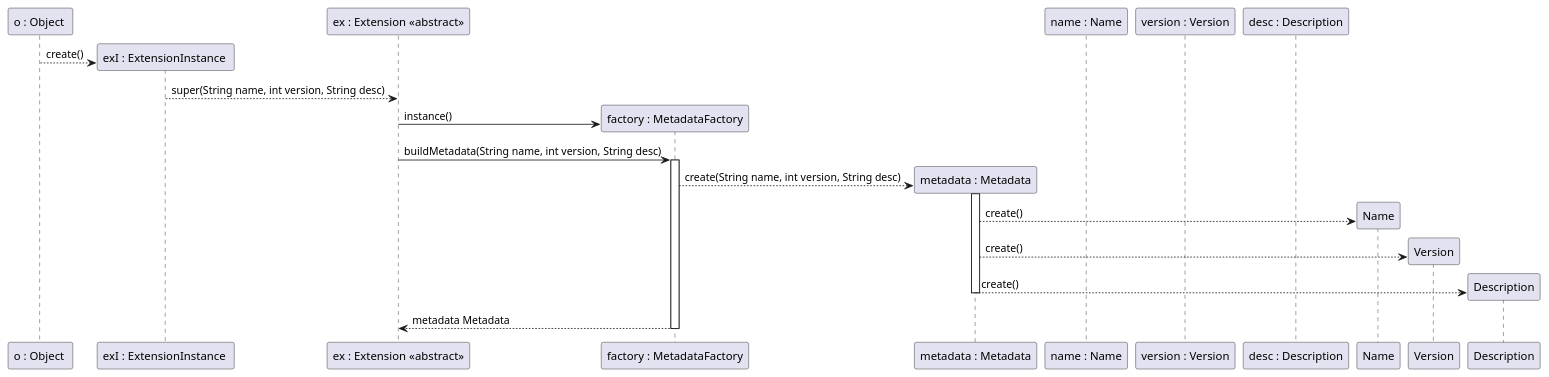
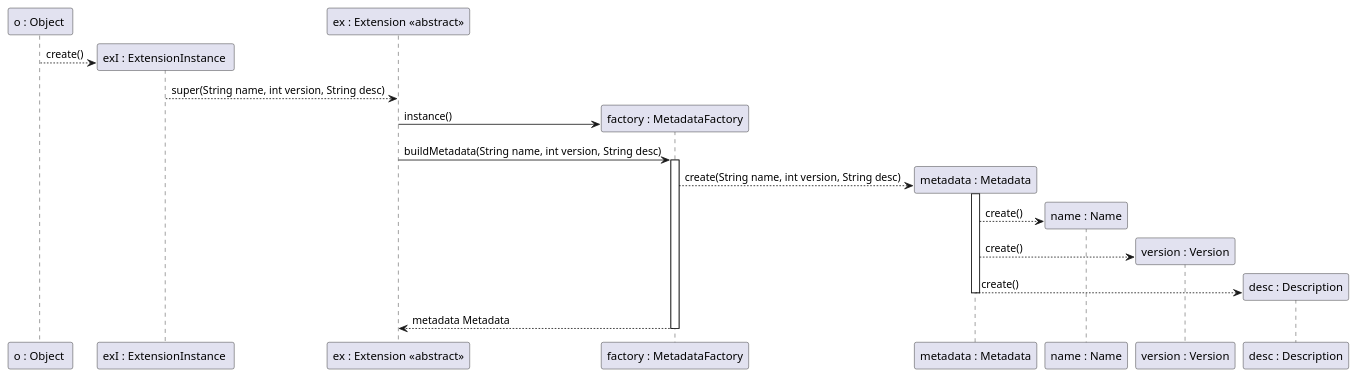
The diagram in src/main/java/lapr4/green/s2/core/n1970581/autodescriptionextensions/core01_2_05_design.puml (PeFerreira98/ISEP.Lic.LAPR4_2017), drawn with PlantUML before and after one commit. The commit also changed 2 other files, not shown here.

```diff
--- a/src/main/java/lapr4/green/s2/core/n1970581/autodescriptionextensions/core01_2_05_design.puml
+++ b/src/main/java/lapr4/green/s2/core/n1970581/autodescriptionextensions/core01_2_05_design.puml
@@ -1,56 +1,56 @@
 @startuml core01_2_05_design.png
 
 
 'participant "app : CleanSheets" as app
 'participant "manager : ExtensionManager" as manager
 'participant "loader : DescriptionExtensionLoader" as loader
 'participant "ctrl : DescriptionExtensionLoaderController" as ctrl
 'participant "thread : Thread" as thread
 'participant "ui : DescriptionExtensionLoaderUI" as ui
 
 
 
 
 
 'participant "metadata : Metadata" as metadata
 'participant "dto : ExtensionDTO" as dto
 'participant "name : Name" as name
 'participant "version : Version" as version
 'participant "desc : Description" as desc
 'participant "factory : MetadataFactory" as factory
 'participant " : Metadatable" as interface
 
 participant "o : Object " as o
 participant "exI : ExtensionInstance " as exI
 participant "ex : Extension << abstract >>" as ex
 participant "factory : MetadataFactory" as factory
 participant "metadata : Metadata" as metadata
 participant "name : Name" as name
 participant "version : Version" as version
 participant "desc : Description" as desc
 
 create exI 
 o --> exI : create()
 exI --> ex : super(String name, int version, String desc)
 create factory
 ex -> factory : instance()
 
 ex -> factory : buildMetadata(String name, int version, String desc)
 activate factory
 create metadata
 
 factory --> metadata : create(String name, int version, String desc)
 activate metadata
-create Name
-metadata --> Name : create()
-create Version
-metadata --> Version : create()
-create Description
-metadata --> Description : create()
+create name
+metadata --> name : create()
+create version
+metadata --> version : create()
+create desc
+metadata --> desc : create()
 deactivate metadata
 factory --> ex : metadata Metadata
 
 
 deactivate factory
 
 @enduml
```
